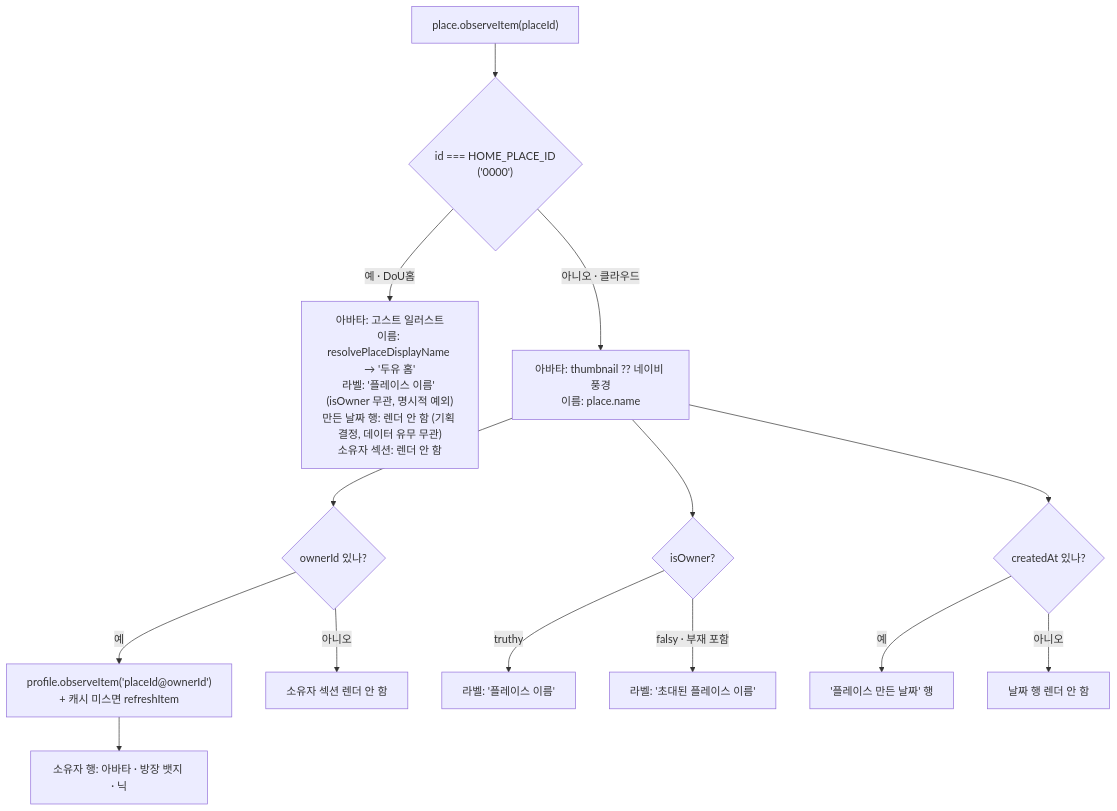
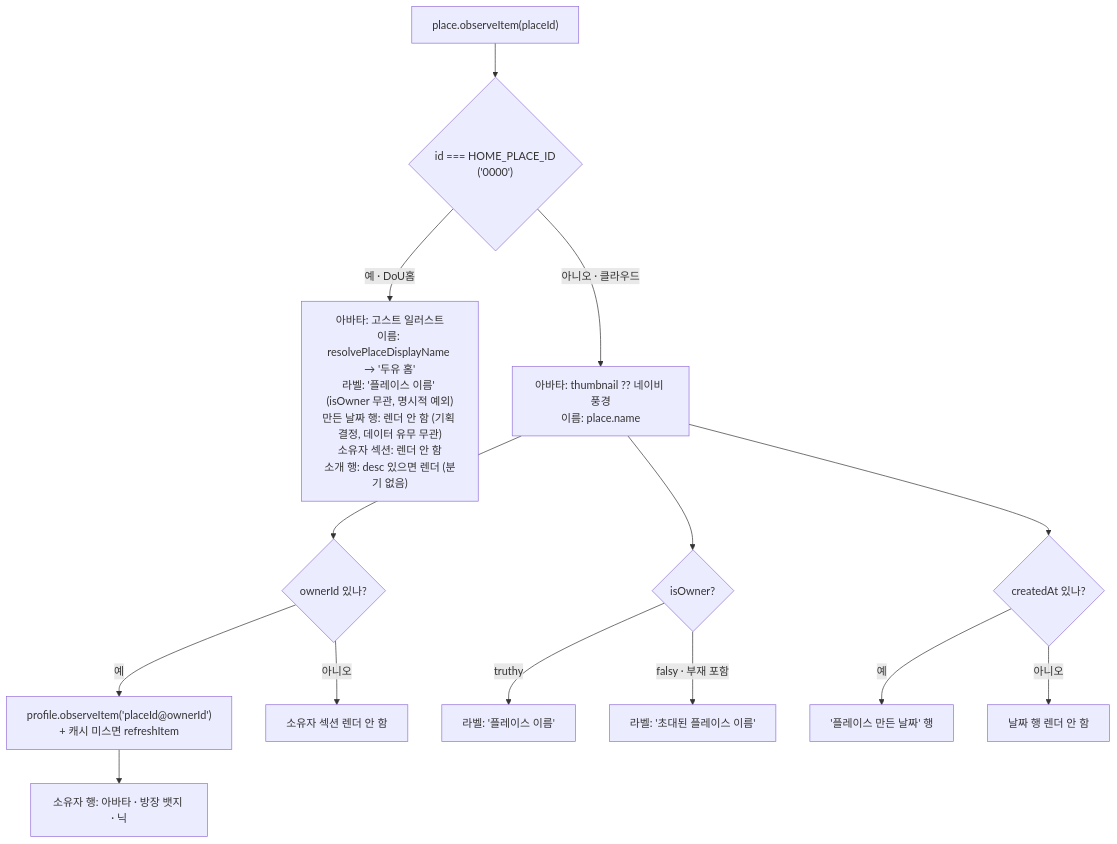
One commit to lemoncloud-io/dou-app changed the second of 3 diagrams in apps/web/docs/feature/place/place-settings.md. Above: the diagram before and after it, drawn with Mermaid. The commit also changed other lines of this file and 20 other files, not shown here.

````diff
--- a/apps/web/docs/feature/place/place-settings.md
+++ b/apps/web/docs/feature/place/place-settings.md
@@ -73,16 +72,16 @@
 ```mermaid
 flowchart TD
     P["place.observeItem(placeId)"] --> H{"id === HOME_PLACE_ID<br/>('0000')"}
-    H -->|"예 · DoU홈"| HA["아바타: 고스트 일러스트<br/>이름: resolvePlaceDisplayName → '두유 홈'<br/>라벨: '플레이스 이름' (isOwner 무관, 명시적 예외)<br/>만든 날짜 행: 렌더 안 함 (기획 결정, 데이터 유무 무관)<br/>소유자 섹션: 렌더 안 함"]
+    H -->|"예 · DoU홈"| HA["아바타: 고스트 일러스트<br/>이름: resolvePlaceDisplayName → '두유 홈'<br/>라벨: '플레이스 이름' (isOwner 무관, 명시적 예외)<br/>만든 날짜 행: 렌더 안 함 (기획 결정, 데이터 유무 무관)<br/>소유자 섹션: 렌더 안 함<br/>소개 행: desc 있으면 렌더 (분기 없음)"]
     H -->|"아니오 · 클라우드"| CA["아바타: thumbnail ?? 네이비 풍경<br/>이름: place.name"]
     CA --> O{"ownerId 있나?"}
     O -->|예| OP["profile.observeItem('placeId@ownerId')<br/>+ 캐시 미스면 refreshItem"]
     OP --> OR["소유자 행: 아바타 · 방장 뱃지 · 닉"]
     O -->|아니오| OS[소유자 섹션 렌더 안 함]
     CA --> L{"isOwner?"}
     L -->|truthy| LN["라벨: '플레이스 이름'"]
     L -->|"falsy · 부재 포함"| LI["라벨: '초대된 플레이스 이름'"]
     CA --> D{"createdAt 있나?"}
     D -->|예| DR["'플레이스 만든 날짜' 행"]
     D -->|아니오| DS[날짜 행 렌더 안 함]
 ```
````
